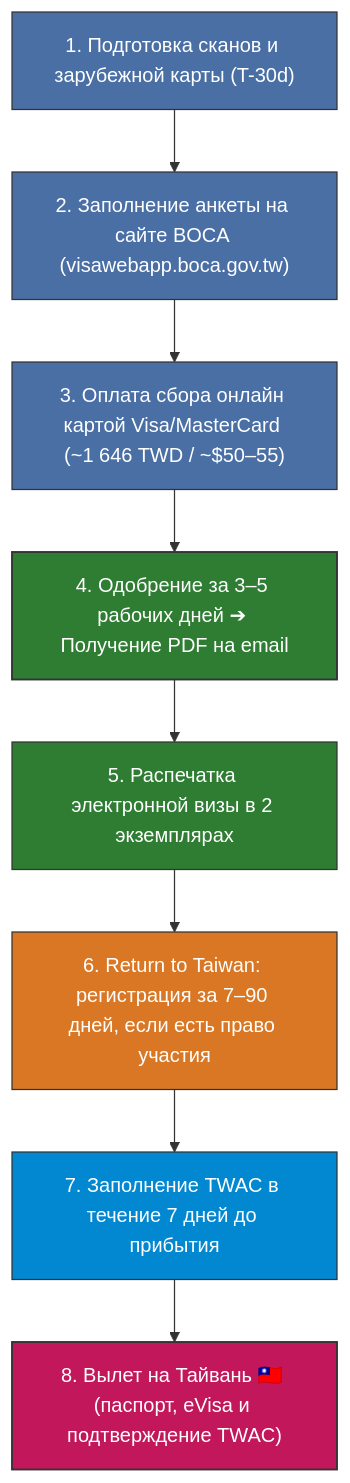
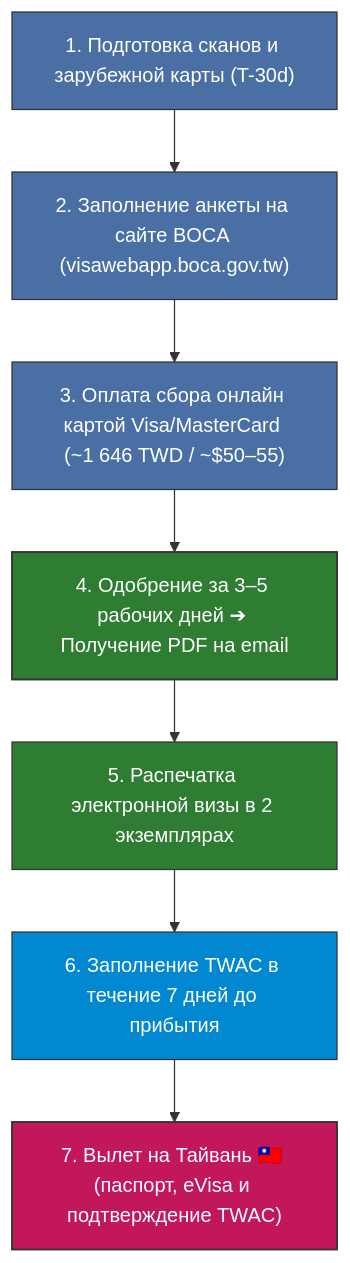
One commit to injurka/obsidian-mark changed the first of 2 diagrams in Personal Note/Travel/-- Taiwan/05 - Полезная информация/Визовый гайд для граждан РФ (2026).md. Above: the diagram before and after it, drawn with Mermaid. The commit also changed other lines of this file and 23 other files, not shown here.

````diff
--- a/Personal Note/Travel/-- Taiwan/05 - Полезная информация/Визовый гайд для граждан РФ (2026).md
+++ b/Personal Note/Travel/-- Taiwan/05 - Полезная информация/Визовый гайд для граждан РФ (2026).md
@@ -14,19 +14,17 @@
 ```mermaid
 graph TD
     A["1. Подготовка сканов и зарубежной карты (T-30d)"] --> B["2. Заполнение анкеты на сайте BOCA (visawebapp.boca.gov.tw)"]
     B --> C["3. Оплата сбора онлайн картой Visa/MasterCard (~1 646 TWD / ~$50–55)"]
     C --> D["4. Одобрение за 3–5 рабочих дней ➔ Получение PDF на email"]
     D --> E["5. Распечатка электронной визы в 2 экземплярах"]
-    E --> F["6. Return to Taiwan: регистрация за 7–90 дней, если есть право участия"]
-    F --> G["7. Заполнение TWAC в течение 7 дней до прибытия"]
-    G --> H["8. Вылет на Тайвань 🇹🇼 (паспорт, eVisa и подтверждение TWAC)"]
+    E --> G["6. Заполнение TWAC в течение 7 дней до прибытия"]
+    G --> H["7. Вылет на Тайвань 🇹🇼 (паспорт, eVisa и подтверждение TWAC)"]
 
     style A fill:#4a6fa5,stroke:#333,stroke-width:1px,color:#fff
     style B fill:#4a6fa5,stroke:#333,stroke-width:1px,color:#fff
     style C fill:#4a6fa5,stroke:#333,stroke-width:1px,color:#fff
     style D fill:#2e7d32,stroke:#333,stroke-width:1.5px,color:#fff
     style E fill:#2e7d32,stroke:#333,stroke-width:1px,color:#fff
-    style F fill:#d97724,stroke:#333,stroke-width:1px,color:#fff
     style G fill:#0288d1,stroke:#333,stroke-width:1px,color:#fff
     style H fill:#c2185b,stroke:#333,stroke-width:1.5px,color:#fff
 ```
````
